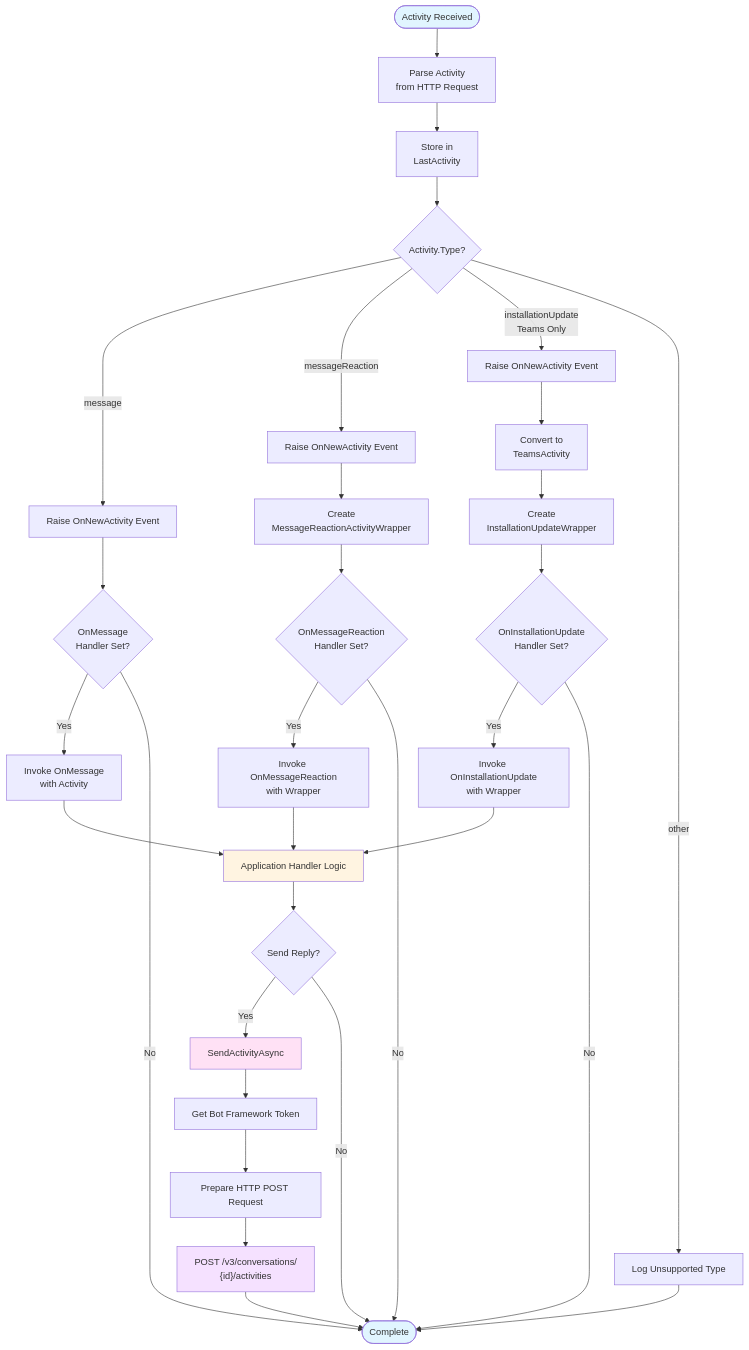
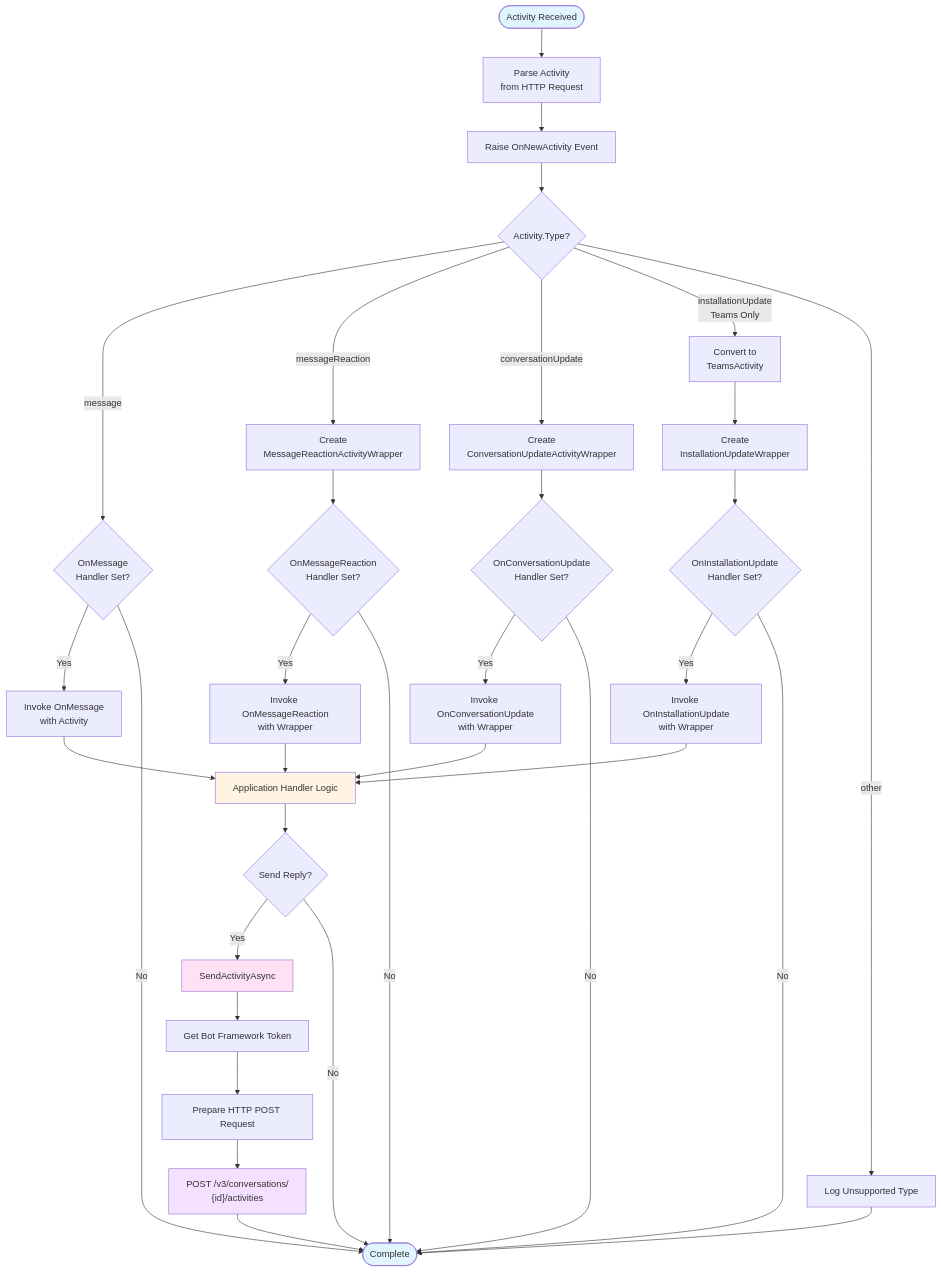
Before and after one commit to agnte/Rido.BFLite: the eighth of 10 diagrams in docs/ARCHITECTURE.md, drawn with Mermaid. The commit also changed other lines of this file, not shown here.

Commit message:
Update architecture diagrams to match current implementation - add ConversationUpdate support

````diff
--- a/docs/ARCHITECTURE.md
+++ b/docs/ARCHITECTURE.md
@@ -519,47 +530,50 @@
 ```mermaid
 flowchart TD
     Start([Activity Received]) --> Parse[Parse Activity<br/>from HTTP Request]
-    Parse --> Store[Store in<br/>LastActivity]
-    Store --> CheckType{"Activity.Type?"}
+    Parse --> RaiseEvent[Raise OnNewActivity Event]
+    RaiseEvent --> CheckType{"Activity.Type?"}
     
-    CheckType -->|message| RaiseEvent1[Raise OnNewActivity Event]
-    CheckType -->|messageReaction| RaiseEvent2[Raise OnNewActivity Event]
-    CheckType -->|installationUpdate<br/>Teams Only| RaiseEvent3[Raise OnNewActivity Event]
+    CheckType -->|message| CheckHandler1{"OnMessage<br/>Handler Set?"}
+    CheckType -->|messageReaction| CreateWrapper1[Create<br/>MessageReactionActivityWrapper]
+    CheckType -->|conversationUpdate| CreateWrapper2[Create<br/>ConversationUpdateActivityWrapper]
+    CheckType -->|installationUpdate<br/>Teams Only| ConvertTeams[Convert to<br/>TeamsActivity]
     CheckType -->|other| LogWarning[Log Unsupported Type]
     
-    RaiseEvent1 --> CheckHandler1{"OnMessage<br/>Handler Set?"}
     CheckHandler1 -->|Yes| InvokeMsg[Invoke OnMessage<br/>with Activity]
     CheckHandler1 -->|No| End
     
-    RaiseEvent2 --> CreateWrapper1[Create<br/>MessageReactionActivityWrapper]
     CreateWrapper1 --> CheckHandler2{"OnMessageReaction<br/>Handler Set?"}
     CheckHandler2 -->|Yes| InvokeReaction[Invoke OnMessageReaction<br/>with Wrapper]
     CheckHandler2 -->|No| End
     
-    RaiseEvent3 --> ConvertTeams[Convert to<br/>TeamsActivity]
-    ConvertTeams --> CreateWrapper2[Create<br/>InstallationUpdateWrapper]
-    CreateWrapper2 --> CheckHandler3{"OnInstallationUpdate<br/>Handler Set?"}
-    CheckHandler3 -->|Yes| InvokeInstall[Invoke OnInstallationUpdate<br/>with Wrapper]
+    CreateWrapper2 --> CheckHandler3{"OnConversationUpdate<br/>Handler Set?"}
+    CheckHandler3 -->|Yes| InvokeConvUpdate[Invoke OnConversationUpdate<br/>with Wrapper]
     CheckHandler3 -->|No| End
+    
+    ConvertTeams --> CreateWrapper3[Create<br/>InstallationUpdateWrapper]
+    CreateWrapper3 --> CheckHandler4{"OnInstallationUpdate<br/>Handler Set?"}
+    CheckHandler4 -->|Yes| InvokeInstall[Invoke OnInstallationUpdate<br/>with Wrapper]
+    CheckHandler4 -->|No| End
     
     InvokeMsg --> HandlerLogic[Application Handler Logic]
     InvokeReaction --> HandlerLogic
+    InvokeConvUpdate --> HandlerLogic
     InvokeInstall --> HandlerLogic
     
     HandlerLogic --> CheckSend{"Send Reply?"}
     CheckSend -->|Yes| SendActivity[SendActivityAsync]
     CheckSend -->|No| End
     
     SendActivity --> GetToken[Get Bot Framework Token]
     GetToken --> PrepareRequest[Prepare HTTP POST Request]
     PrepareRequest --> CallAPI["POST /v3/conversations/<br/>{id}/activities"]
     CallAPI --> End([Complete])
     
     LogWarning --> End
     
     style Start fill:#e1f5ff
     style End fill:#e1f5ff
     style HandlerLogic fill:#fff4e1
     style SendActivity fill:#ffe1f5
     style CallAPI fill:#f5e1ff
 ```
````
